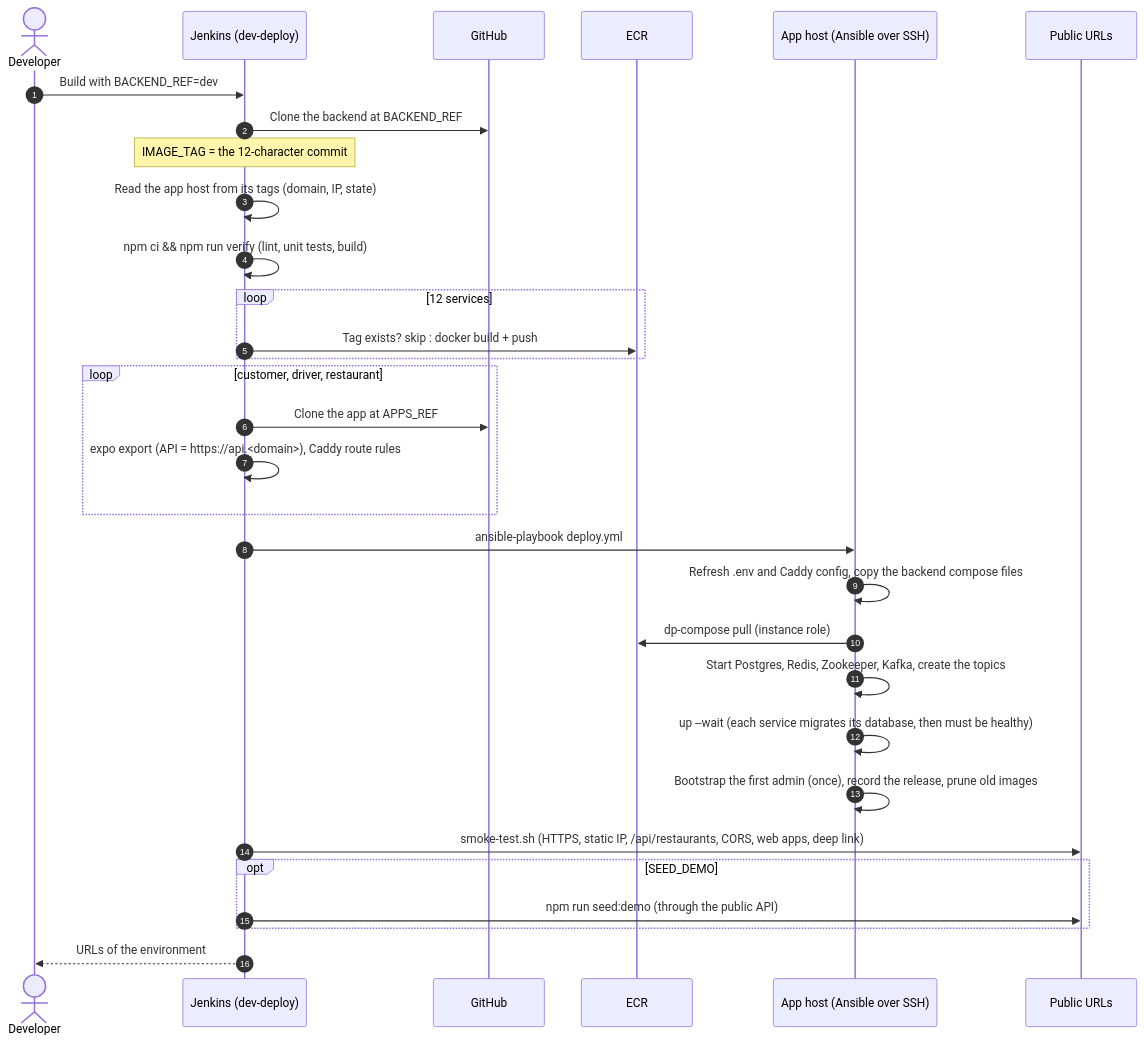
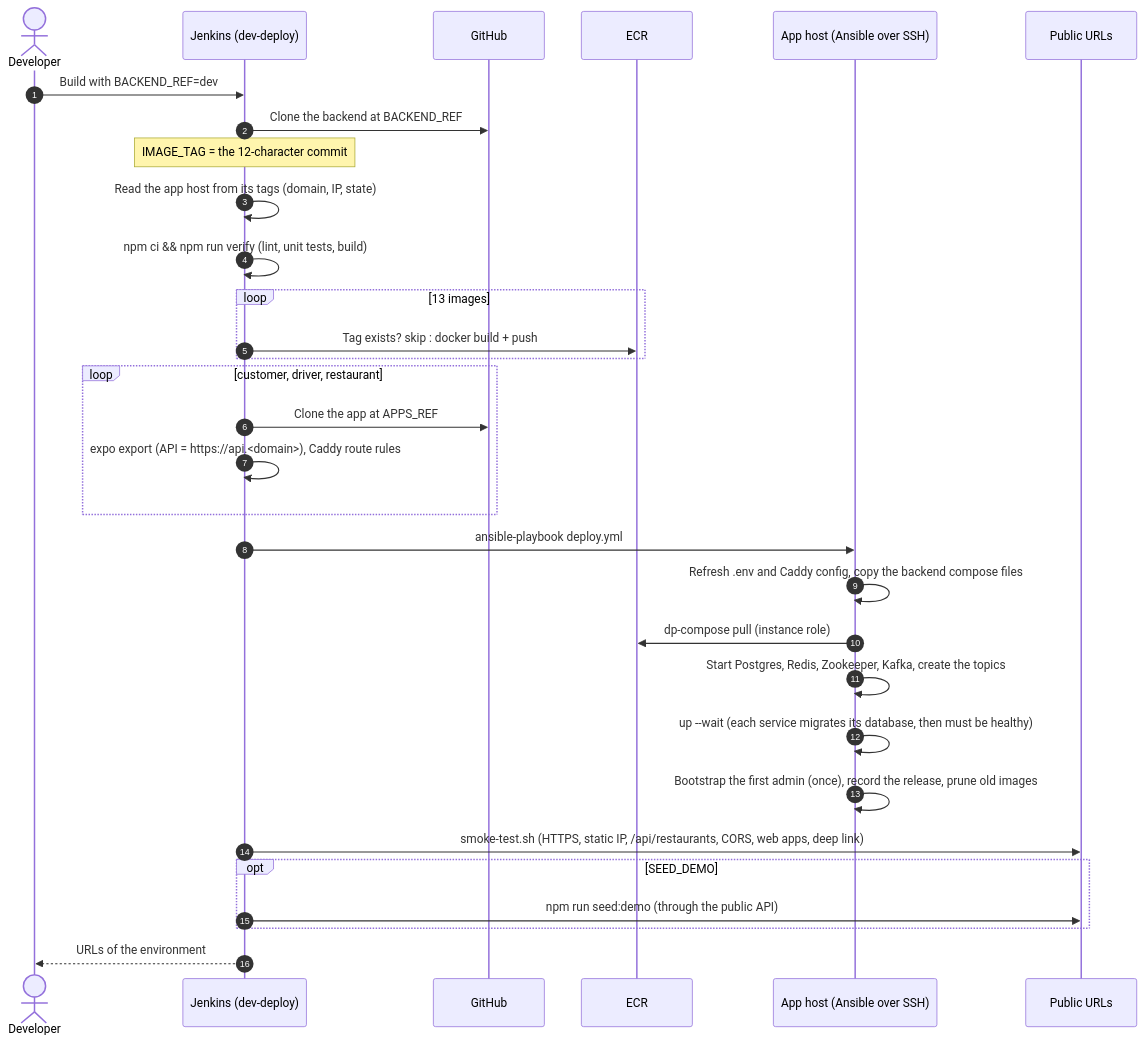
The first of 2 diagrams in docs/pipelines.md (Delivery-Plus0/delivery-plus-infra), drawn with Mermaid before and after one commit. The commit also changed 8 other files, not shown here.

````diff
--- a/docs/pipelines.md
+++ b/docs/pipelines.md
@@ -35,34 +35,34 @@
 ```mermaid
 sequenceDiagram
     autonumber
     actor Dev as Developer
     participant J as Jenkins (dev-deploy)
     participant GH as GitHub
     participant ECR as ECR
     participant App as App host (Ansible over SSH)
     participant Web as Public URLs
 
     Dev->>J: Build with BACKEND_REF=dev
     J->>GH: Clone the backend at BACKEND_REF
     Note over J: IMAGE_TAG = the 12-character commit
     J->>J: Read the app host from its tags (domain, IP, state)
     J->>J: npm ci && npm run verify (lint, unit tests, build)
-    loop 12 services
+    loop 13 images
         J->>ECR: Tag exists? skip : docker build + push
     end
     loop customer, driver, restaurant
         J->>GH: Clone the app at APPS_REF
         J->>J: expo export (API = https://api.<domain>), Caddy route rules
     end
     J->>App: ansible-playbook deploy.yml
     App->>App: Refresh .env and Caddy config, copy the backend compose files
     App->>ECR: dp-compose pull (instance role)
     App->>App: Start Postgres, Redis, Zookeeper, Kafka, create the topics
     App->>App: up --wait (each service migrates its database, then must be healthy)
     App->>App: Bootstrap the first admin (once), record the release, prune old images
     J->>Web: smoke-test.sh (HTTPS, static IP, /api/restaurants, CORS, web apps, deep link)
     opt SEED_DEMO
         J->>Web: npm run seed:demo (through the public API)
     end
     J-->>Dev: URLs of the environment
 ```
````
